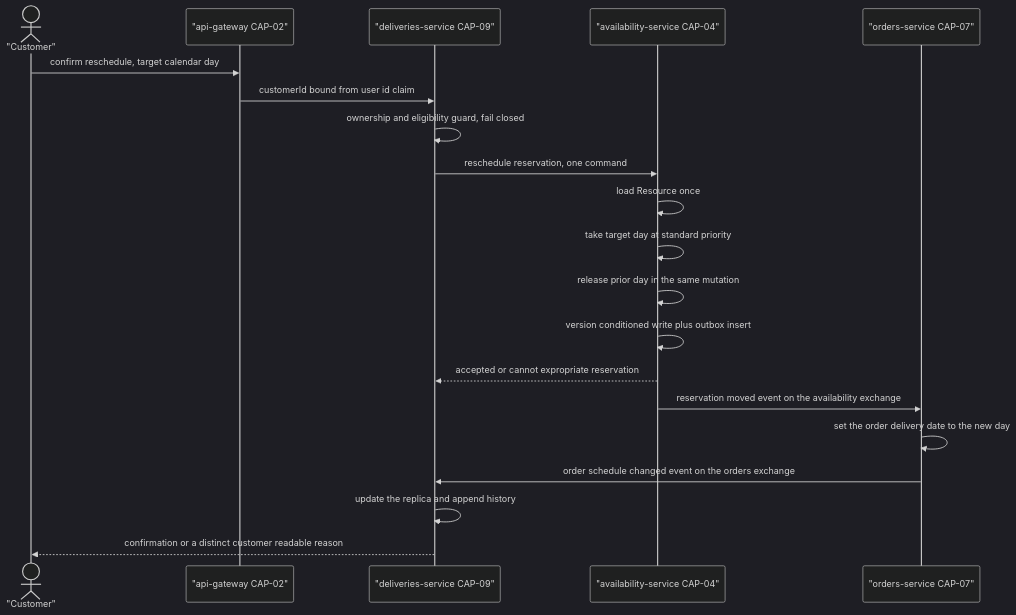
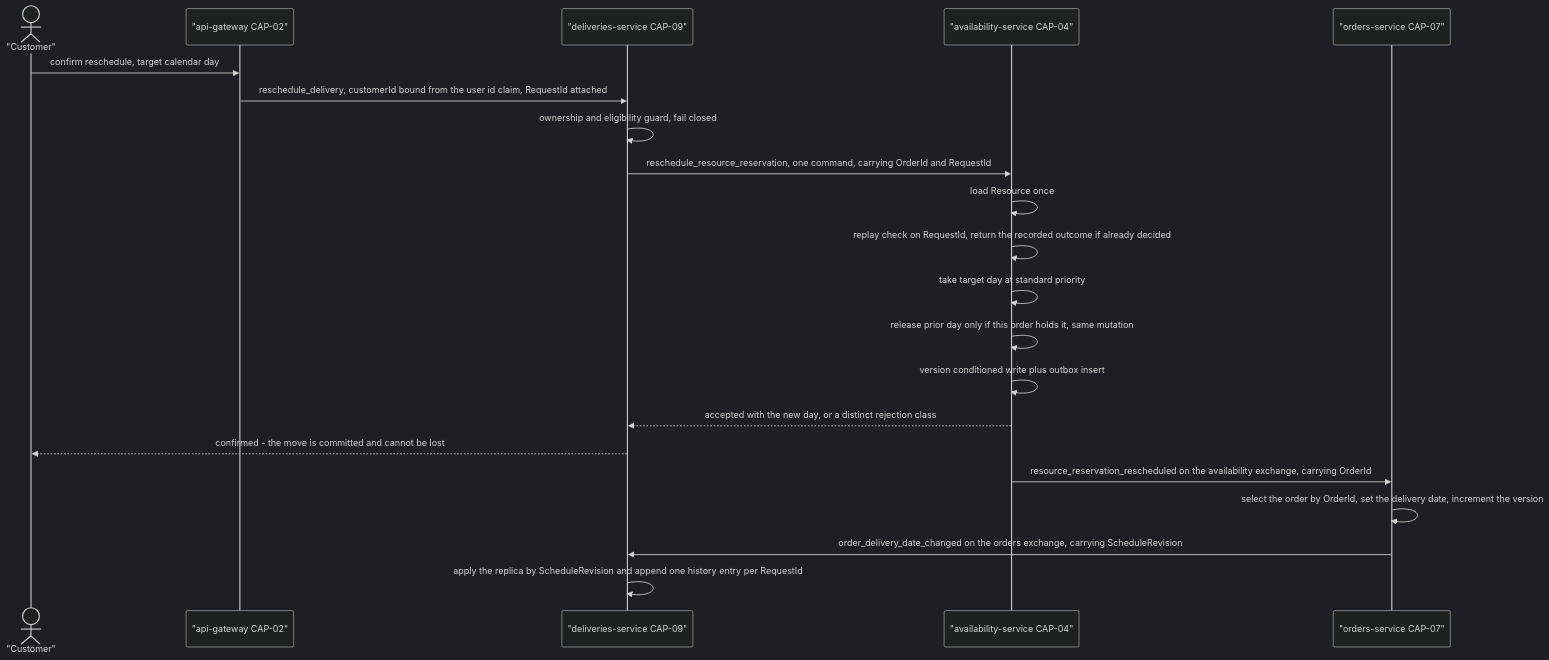
Before and after one commit to hianshul100/Pacco.Context: the diagram in docs/adr/same-resource-day-move-and-bounded-alternative-day-read.md, drawn with Mermaid (dark theme). The commit also changed other lines of this file and 12 other files, not shown here.

````diff
--- a/docs/adr/same-resource-day-move-and-bounded-alternative-day-read.md
+++ b/docs/adr/same-resource-day-move-and-bounded-alternative-day-read.md
@@ -203,23 +243,24 @@
 ```mermaid
 sequenceDiagram
     actor C as "Customer"
     participant GW as "api-gateway CAP-02"
     participant DEL as "deliveries-service CAP-09"
     participant AV as "availability-service CAP-04"
     participant OR as "orders-service CAP-07"
 
     C->>GW: confirm reschedule, target calendar day
-    GW->>DEL: customerId bound from user id claim
+    GW->>DEL: reschedule_delivery, customerId bound from the user id claim, RequestId attached
     DEL->>DEL: ownership and eligibility guard, fail closed
-    DEL->>AV: reschedule reservation, one command
+    DEL->>AV: reschedule_resource_reservation, one command, carrying OrderId and RequestId
     AV->>AV: load Resource once
+    AV->>AV: replay check on RequestId, return the recorded outcome if already decided
     AV->>AV: take target day at standard priority
-    AV->>AV: release prior day in the same mutation
+    AV->>AV: release prior day only if this order holds it, same mutation
     AV->>AV: version conditioned write plus outbox insert
-    AV-->>DEL: accepted or cannot expropriate reservation
-    AV->>OR: reservation moved event on the availability exchange
-    OR->>OR: set the order delivery date to the new day
-    OR->>DEL: order schedule changed event on the orders exchange
-    DEL->>DEL: update the replica and append history
-    DEL-->>C: confirmation or a distinct customer readable reason
+    AV-->>DEL: accepted with the new day, or a distinct rejection class
+    DEL-->>C: confirmed - the move is committed and cannot be lost
+    AV->>OR: resource_reservation_rescheduled on the availability exchange, carrying OrderId
+    OR->>OR: select the order by OrderId, set the delivery date, increment the version
+    OR->>DEL: order_delivery_date_changed on the orders exchange, carrying ScheduleRevision
+    DEL->>DEL: apply the replica by ScheduleRevision and append one history entry per RequestId
 ```
````
